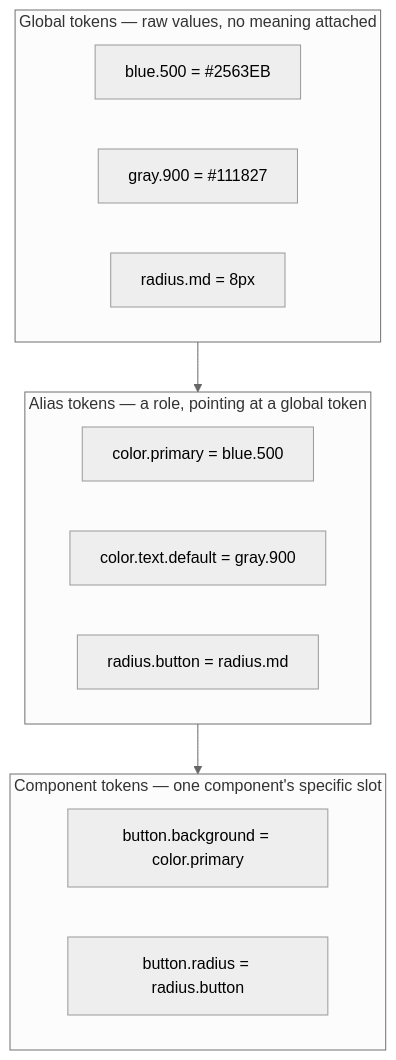
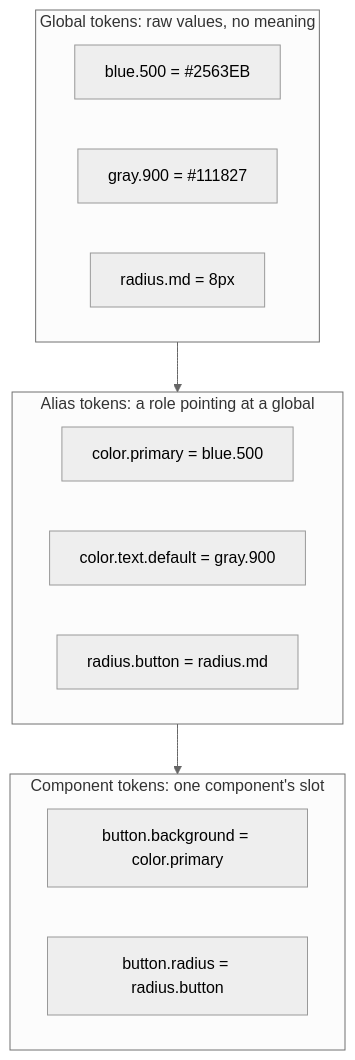
The first of 2 diagrams in src/content/design/design-systems/L2-concept.mdx (francoandreDev/knowledge), drawn with Mermaid (neutral theme) before and after one commit. The commit also changed other lines of this file and 16 other files, not shown here.

````diff
--- a/src/content/design/design-systems/L2-concept.mdx
+++ b/src/content/design/design-systems/L2-concept.mdx
@@ -38,18 +33,18 @@
 ```mermaid
 flowchart TB
-    subgraph Global["Global tokens — raw values, no meaning attached"]
+    subgraph Global["Global tokens: raw values, no meaning"]
         G1["blue.500 = #2563EB"]
         G2["gray.900 = #111827"]
         G3["radius.md = 8px"]
     end
-    subgraph Alias["Alias tokens — a role, pointing at a global token"]
+    subgraph Alias["Alias tokens: a role pointing at a global"]
         A1["color.primary = blue.500"]
         A2["color.text.default = gray.900"]
         A3["radius.button = radius.md"]
     end
-    subgraph Component["Component tokens — one component's specific slot"]
+    subgraph Component["Component tokens: one component's slot"]
         C1["button.background = color.primary"]
         C2["button.radius = radius.button"]
     end
     Global --> Alias --> Component
 ```
````
